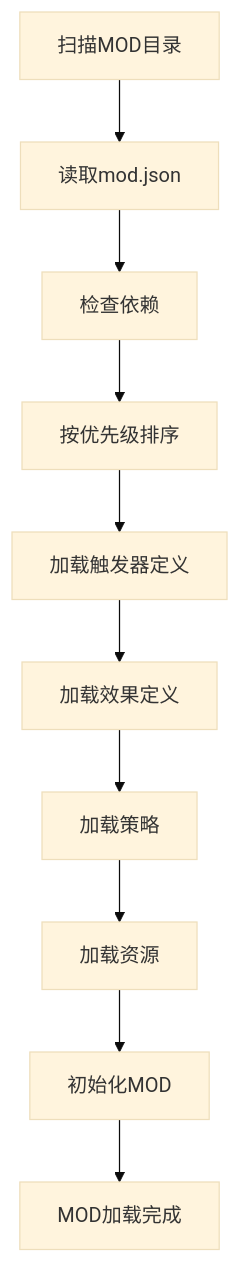
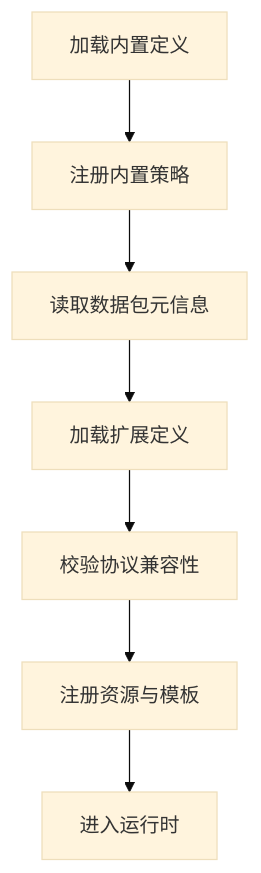
One commit to Abgetrennter/open_pvz changed the diagram in wiki/11-扩展性与社区生态.md. Above: the diagram before and after it, drawn with Mermaid (base theme). The commit also changed other lines of this file and 25 other files, not shown here.

Commit message:
Refocus project docs on the PVZ-like engine roadmap

````diff
--- a/wiki/11-扩展性与社区生态.md
+++ b/wiki/11-扩展性与社区生态.md
@@ -377,12 +123,9 @@
 ```mermaid
 graph TD
-    A[扫描MOD目录] --> B[读取mod.json]
-    B --> C[检查依赖]
-    C --> D[按优先级排序]
-    D --> E[加载触发器定义]
-    E --> F[加载效果定义]
-    F --> G[加载策略]
-    G --> H[加载资源]
-    H --> I[初始化MOD]
-    I --> J[MOD加载完成]
+    A["加载内置定义"] --> B["注册内置策略"]
+    B --> C["读取数据包元信息"]
+    C --> D["加载扩展定义"]
+    D --> E["校验协议兼容性"]
+    E --> F["注册资源与模板"]
+    F --> G["进入运行时"]
 ```
````
